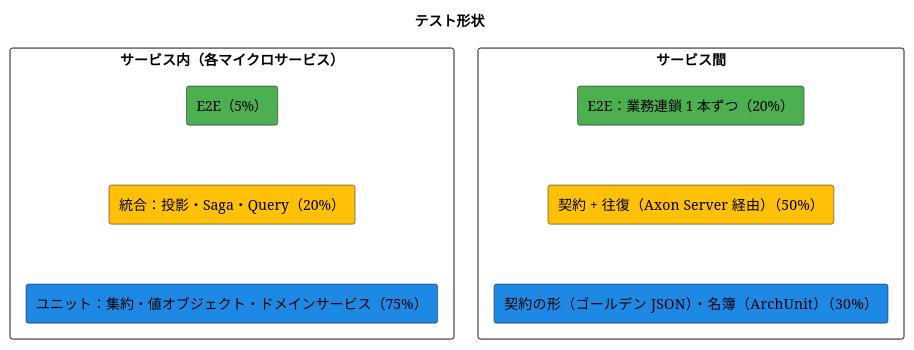
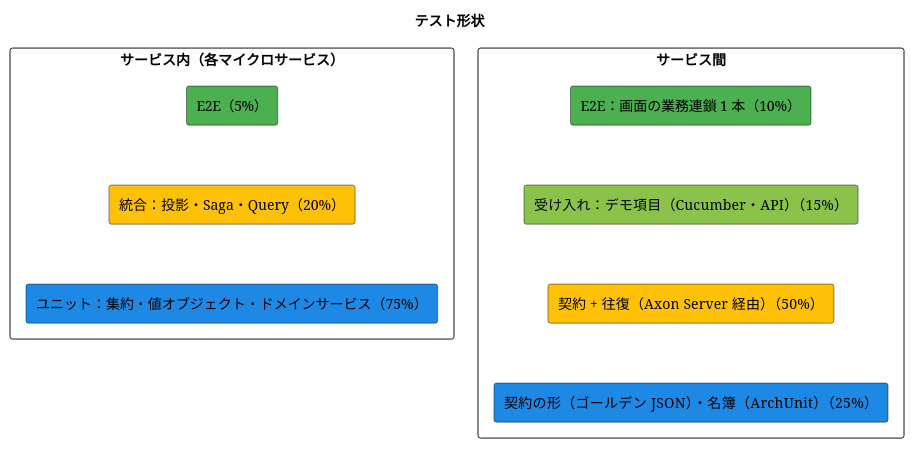
One commit to k2works/case-study-cargo-tracker changed the first of 2 diagrams in docs/design/cargo-tracker/test_strategy.md. Above: the diagram before and after it, drawn with PlantUML. The commit also changed other lines of this file and 5 other files, not shown here.

````diff
--- a/docs/design/cargo-tracker/test_strategy.md
+++ b/docs/design/cargo-tracker/test_strategy.md
@@ -38,20 +40,22 @@
 ```plantuml
 @startuml
 title テスト形状
 
 rectangle "サービス内（各マイクロサービス）" {
   rectangle "E2E（5%）" as e1 #4CAF50
   rectangle "統合：投影・Saga・Query（20%）" as i1 #FFC107
   rectangle "ユニット：集約・値オブジェクト・ドメインサービス（75%）" as u1 #1E88E5
   e1 -[hidden]down-> i1
   i1 -[hidden]down-> u1
 }
 rectangle "サービス間" {
-  rectangle "E2E：業務連鎖 1 本ずつ（20%）" as e2 #4CAF50
+  rectangle "E2E：画面の業務連鎖 1 本（10%）" as e2 #4CAF50
+  rectangle "受け入れ：デモ項目（Cucumber・API）（15%）" as a2 #8BC34A
   rectangle "契約 + 往復（Axon Server 経由）（50%）" as i2 #FFC107
-  rectangle "契約の形（ゴールデン JSON）・名簿（ArchUnit）（30%）" as u2 #1E88E5
-  e2 -[hidden]down-> i2
+  rectangle "契約の形（ゴールデン JSON）・名簿（ArchUnit）（25%）" as u2 #1E88E5
+  e2 -[hidden]down-> a2
+  a2 -[hidden]down-> i2
   i2 -[hidden]down-> u2
 }
 @enduml
 ```
````
